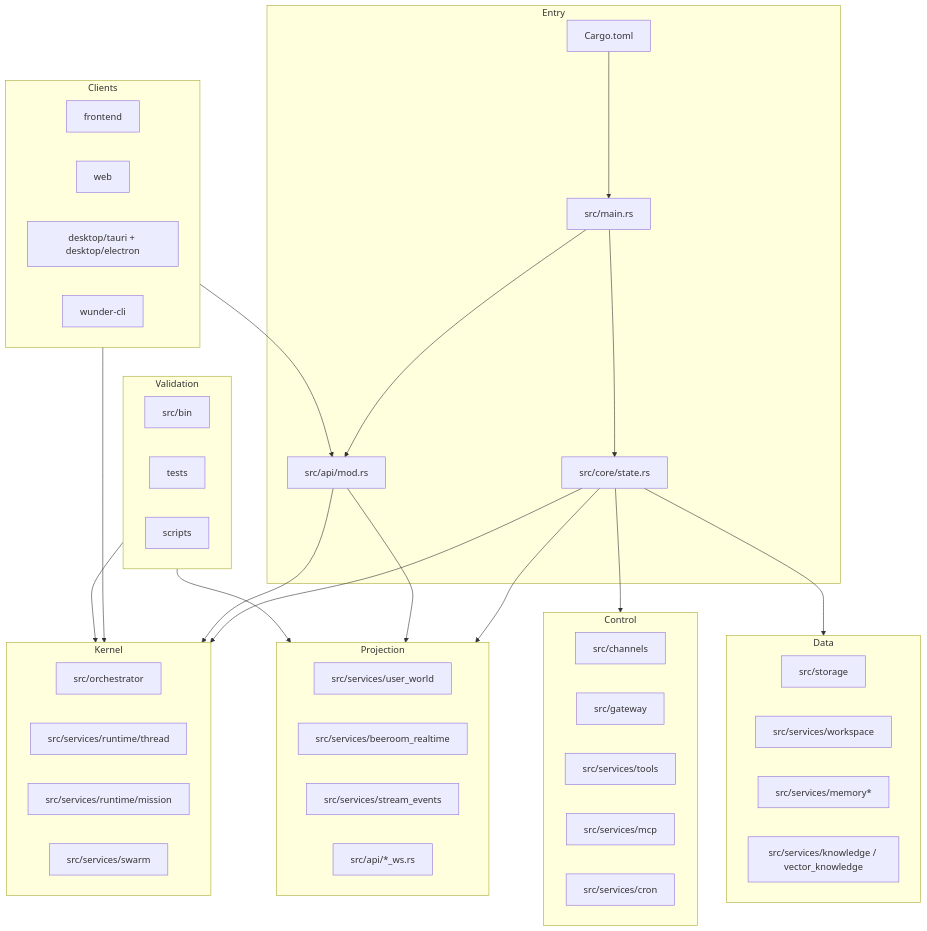
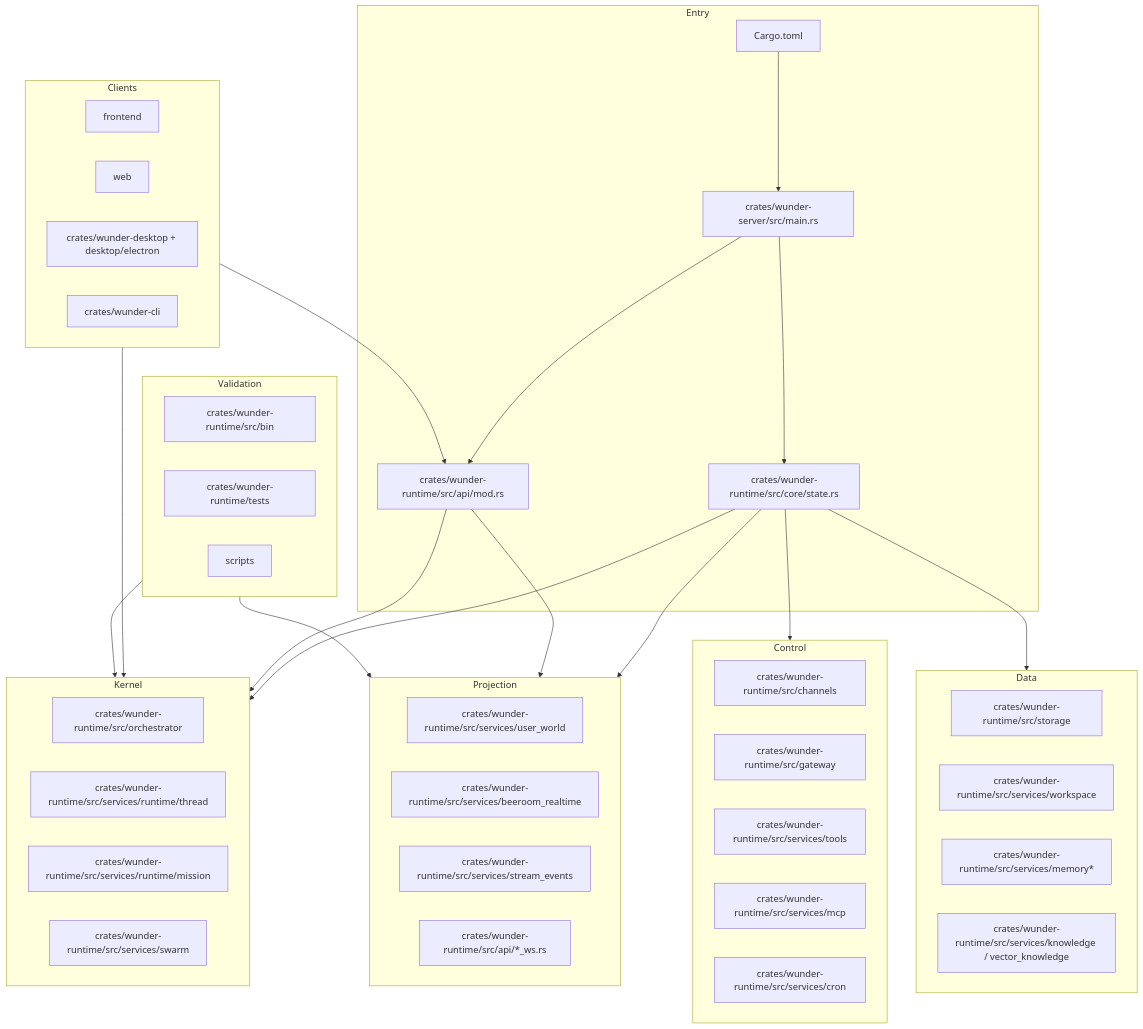
One commit to ylsdamxssjxxdd/wunder changed the second of 3 diagrams in docs/设计文档/01-系统总体设计.md. Above: the diagram before and after it, drawn with Mermaid. The commit also changed other lines of this file and 558 other files, not shown here.

````diff
--- a/docs/设计文档/01-系统总体设计.md
+++ b/docs/设计文档/01-系统总体设计.md
@@ -169,65 +171,65 @@
 ```mermaid
 flowchart TB
   subgraph Entry["Entry"]
     Cargo["Cargo.toml"]
-    Main["src/main.rs"]
-    State["src/core/state.rs"]
-    Api["src/api/mod.rs"]
+    Main["crates/wunder-server/src/main.rs"]
+    State["crates/wunder-runtime/src/core/state.rs"]
+    Api["crates/wunder-runtime/src/api/mod.rs"]
   end
 
   subgraph Kernel["Kernel"]
-    Orch["src/orchestrator"]
-    ThreadRt["src/services/runtime/thread"]
-    MissionRt["src/services/runtime/mission"]
-    Swarm["src/services/swarm"]
+    Orch["crates/wunder-runtime/src/orchestrator"]
+    ThreadRt["crates/wunder-runtime/src/services/runtime/thread"]
+    MissionRt["crates/wunder-runtime/src/services/runtime/mission"]
+    Swarm["crates/wunder-runtime/src/services/swarm"]
   end
 
   subgraph Projection["Projection"]
-    UserWorld["src/services/user_world"]
-    Beeroom["src/services/beeroom_realtime"]
-    Events["src/services/stream_events"]
-    WsApi["src/api/*_ws.rs"]
+    UserWorld["crates/wunder-runtime/src/services/user_world"]
+    Beeroom["crates/wunder-runtime/src/services/beeroom_realtime"]
+    Events["crates/wunder-runtime/src/services/stream_events"]
+    WsApi["crates/wunder-runtime/src/api/*_ws.rs"]
   end
 
   subgraph Control["Control"]
-    Channels["src/channels"]
-    Gateway["src/gateway"]
-    Tools["src/services/tools"]
-    Mcp["src/services/mcp"]
-    Cron["src/services/cron"]
+    Channels["crates/wunder-runtime/src/channels"]
+    Gateway["crates/wunder-runtime/src/gateway"]
+    Tools["crates/wunder-runtime/src/services/tools"]
+    Mcp["crates/wunder-runtime/src/services/mcp"]
+    Cron["crates/wunder-runtime/src/services/cron"]
   end
 
   subgraph Data["Data"]
-    Storage["src/storage"]
-    Workspace["src/services/workspace"]
-    Memory["src/services/memory*"]
-    Knowledge["src/services/knowledge / vector_knowledge"]
+    Storage["crates/wunder-runtime/src/storage"]
+    Workspace["crates/wunder-runtime/src/services/workspace"]
+    Memory["crates/wunder-runtime/src/services/memory*"]
+    Knowledge["crates/wunder-runtime/src/services/knowledge / vector_knowledge"]
   end
 
   subgraph Clients["Clients"]
     Frontend["frontend"]
     Web["web"]
-    Desktop["desktop/tauri + desktop/electron"]
-    Cli["wunder-cli"]
+    Desktop["crates/wunder-desktop + desktop/electron"]
+    Cli["crates/wunder-cli"]
   end
 
   subgraph Validation["Validation"]
-    Bin["src/bin"]
-    Tests["tests"]
+    Bin["crates/wunder-runtime/src/bin"]
+    Tests["crates/wunder-runtime/tests"]
     Scripts["scripts"]
   end
 
   Cargo --> Main
   Main --> State
   Main --> Api
   State --> Kernel
   State --> Projection
   State --> Control
   State --> Data
   Api --> Kernel
   Api --> Projection
   Clients --> Api
   Clients --> Kernel
   Validation --> Kernel
   Validation --> Projection
 ```
````
